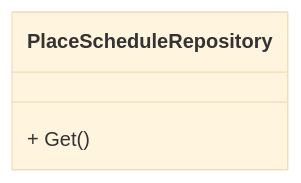
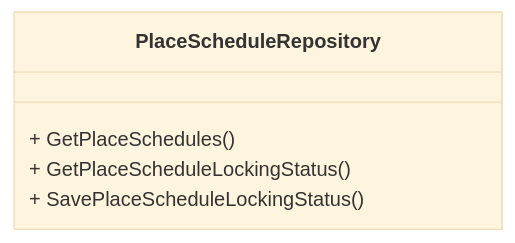
Before and after one commit to MrWangpeilin945/FlutterIOS: the second of 10 diagrams in Documents/API設計書/src/docs/6_リポジトリ.adoc, drawn with Mermaid (base theme). The commit also changed other lines of this file and 1 other file, not shown here.

Commit message:
API設計書 ユースケースとリポジトリのクラス図を更新

```diff
--- a/Documents/API設計書/src/docs/6_リポジトリ.adoc
+++ b/Documents/API設計書/src/docs/6_リポジトリ.adoc
@@ -19,7 +19,9 @@
 [mermaid,PlaceSchedule-r-cd,png]
 ----
 classDiagram
 class PlaceScheduleRepository {
-  + Get()
+  + GetPlaceSchedules()
+  + GetPlaceScheduleLockingStatus()
+  + SavePlaceScheduleLockingStatus()
 }
 ----
```
